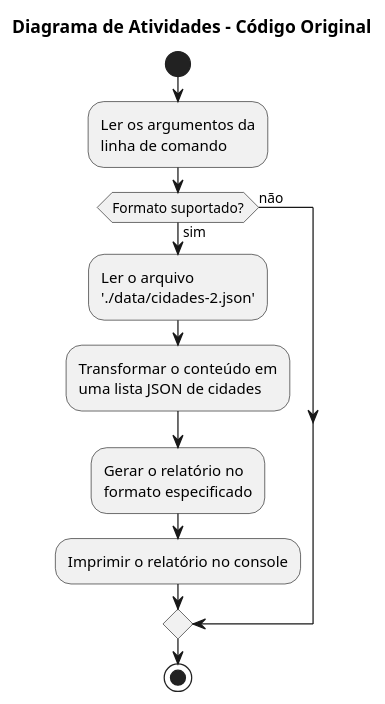
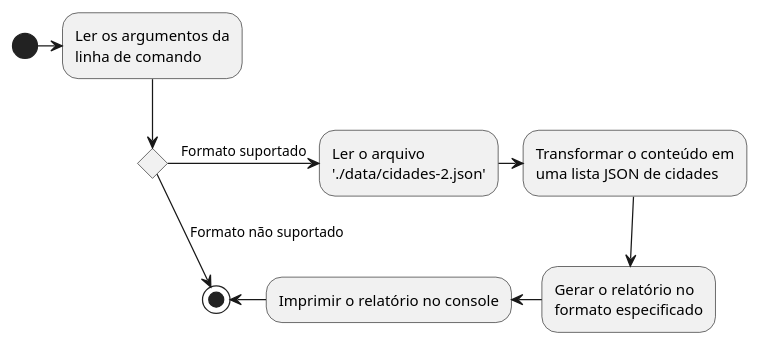
The diagram in diagramas/diagrama-atividades-original.puml (DanielVieira02/TP2EngSw), drawn with PlantUML before and after one commit. The commit also changed 8 other files, not shown here.

Commit message:
Atualiza os diagramas do sistema original

```diff
--- a/diagramas/diagrama-atividades-original.puml
+++ b/diagramas/diagrama-atividades-original.puml
@@ -1,19 +1,15 @@
 @startuml
 
-title Diagrama de Atividades - Código Original
+(*) -right-> "Ler os argumentos da\nlinha de comando"
 
-start
-
-:Ler os argumentos da\nlinha de comando;
-
-if (Formato suportado?) then (sim)
-  :Ler o arquivo\n'./data/cidades-2.json';
-  :Transformar o conteúdo em\numa lista JSON de cidades;
-  :Gerar o relatório no\nformato especificado;
-  :Imprimir o relatório no console;
-else (não)
+if "" then
+  -right-> [Formato suportado] "Ler o arquivo\n'./data/cidades-2.json'"
+  -right-> "Transformar o conteúdo em\numa lista JSON de cidades"
+  -down-> "Gerar o relatório no\nformato especificado"
+  -left-> "Imprimir o relatório no console"
+  -left-> (*)
+else
+  -down->[Formato não suportado] (*)
 endif
 
-stop
-
 @enduml
```
